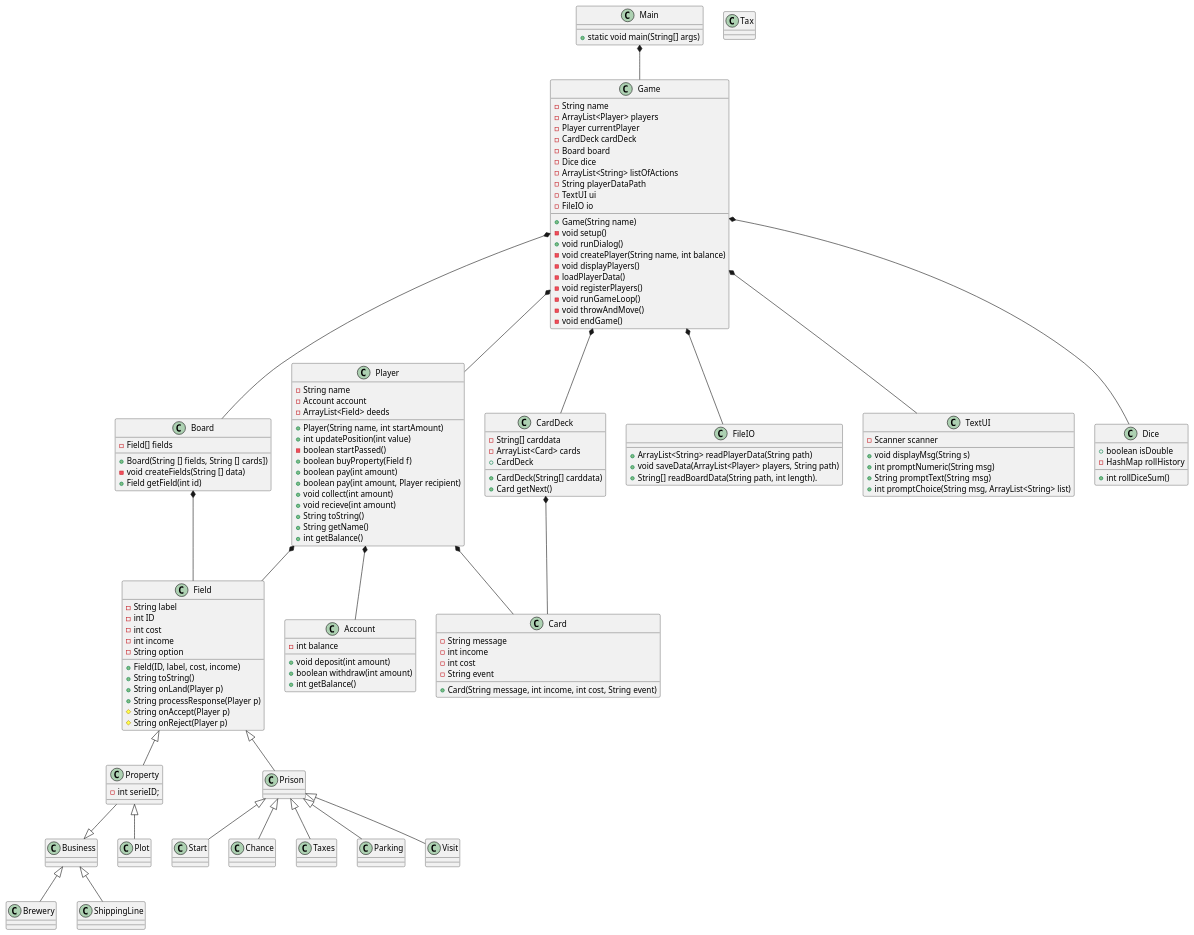
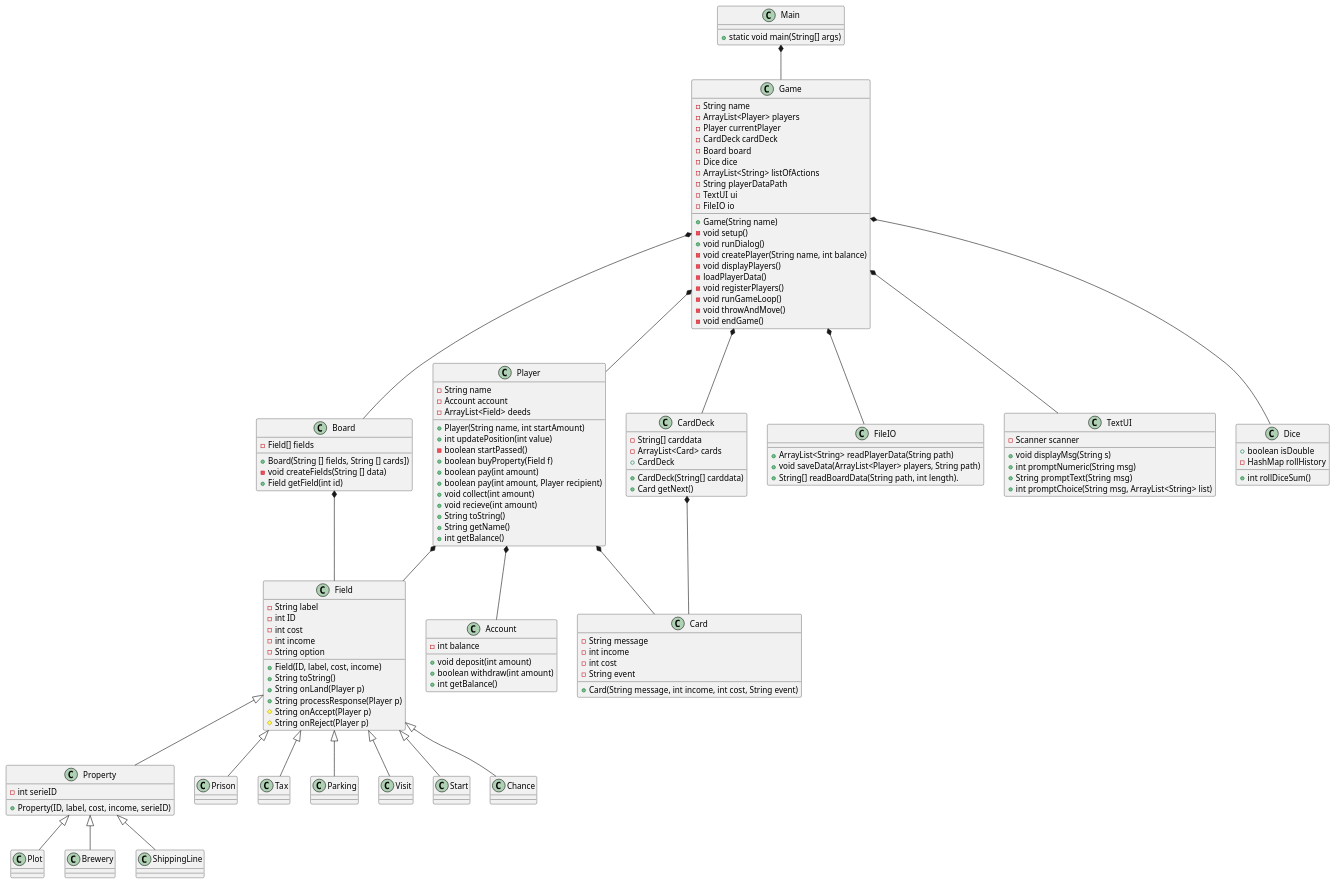
Before and after one commit to Dat1Cphbusiness/MonopolyE24: the diagram in doc/Plan/static/classdiagram_v2.puml, drawn with PlantUML. The commit also changed 1 other file, not shown here.

```diff
--- a/doc/Plan/static/classdiagram_v2.puml
+++ b/doc/Plan/static/classdiagram_v2.puml
@@ -1,192 +1,189 @@
 @startuml
 class Main{
 + static void main(String[] args)
 }
 
 class Property
 {
-    - int serieID;
+    - int serieID
+    + Property(ID, label, cost, income, serieID)
 }
 
 class Plot
 {
 
 }
 
 class Brewery
 {
 
 }
 
-class Business
-{
 
-}
 
 class ShippingLine
 {
 
 }
 
 class Prison
 {
 
 }
 
 class Tax
 {
 
 }
 
 class Parking
 {
 
 }
 
 class Visit
 {
 
 }
 
 class Start
 {
 
 }
 
 class Chance
 {
 
 }
 
 class Game{
  - String name
  - ArrayList<Player> players
  - Player currentPlayer
  - CardDeck cardDeck
  - Board board
  - Dice dice
  'utilities
   - ArrayList<String> listOfActions
   - String playerDataPath
   - TextUI ui
   - FileIO io
   'Contructor
  + Game(String name)
  'Methods
  - void setup()
  + void runDialog()
  - void createPlayer(String name, int balance)
  - void displayPlayers()
   - loadPlayerData()
  - void registerPlayers()
  - void runGameLoop()
  - void throwAndMove()
  - void endGame()
 
 }
 
 class Player{
 - String name
 - Account account
 - ArrayList<Field> deeds
 + Player(String name, int startAmount)
 + int updatePosition(int value)
 - boolean startPassed()
 + boolean buyProperty(Field f)
 + boolean pay(int amount)
 + boolean pay(int amount, Player recipient)
 + void collect(int amount)
 + void recieve(int amount)
 + String toString()
 + String getName()
 + int getBalance()
 }
 class Account{
 - int balance
 + void deposit(int amount)
 + boolean withdraw(int amount)
 + int getBalance()
 }
 
 class FileIO{
 + ArrayList<String> readPlayerData(String path)
 + void saveData(ArrayList<Player> players, String path)
 + String[] readBoardData(String path, int length).
 }
 
 class TextUI{
 - Scanner scanner
 + void displayMsg(String s)
 + int promptNumeric(String msg)
 + String promptText(String msg)
 + int promptChoice(String msg, ArrayList<String> list)
 }
 
 class Field{
 - String label
  - int ID
  - int cost
  - int income
  - String option
  + Field(ID, label, cost, income)
  + String toString()
  + String onLand(Player p)
  + String processResponse(Player p)
  # String onAccept(Player p)
  # String onReject(Player p)
 }
 class Board{
  - Field[] fields
  + Board(String [] fields, String [] cards])
  - void createFields(String [] data)
  + Field getField(int id)
 }
 
 class CardDeck {
 - String[] carddata
 - ArrayList<Card> cards
 + CardDeck
 + CardDeck(String[] carddata)
 + Card getNext()
 }
 class Card{
 -String message
 -int income
 -int cost
 -String event
 +Card(String message, int income, int cost, String event)
 }
 
 class Dice{
  +boolean isDouble
  -HashMap rollHistory
  +int rollDiceSum()
  }
 
 Game *-- TextUI
 Main *-- Game
 Game *-- Player
 Game *-- FileIO
 Player *-- Account
 Game *-- Board
 Board *-- Field
 Game *-- CardDeck
 CardDeck *-- Card
 Game *-- Dice
 Player *-- Card
 Player *-- Field
 Field <|-- Property
-Business <|-- Brewery
-Business <|-- ShippingLine
+Property <|-- Brewery
+Property <|-- ShippingLine
 Property <|-- Plot
-Property --|> Business
 Field <|-- Prison
-Prison <|-- Taxes
-Prison <|-- Parking
-Prison <|-- Visit
-Prison <|-- Start
-Prison <|-- Chance
+Field <|-- Tax
+Field <|-- Parking
+Field <|-- Visit
+Field <|-- Start
+Field <|-- Chance
 
 
 
 @enduml
```
